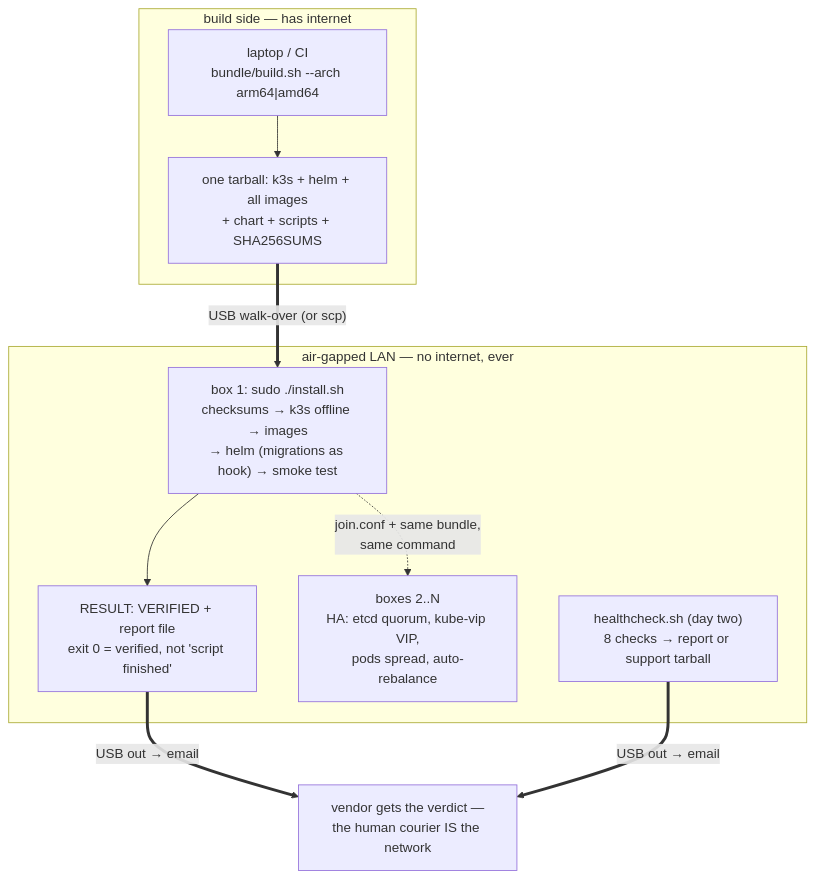
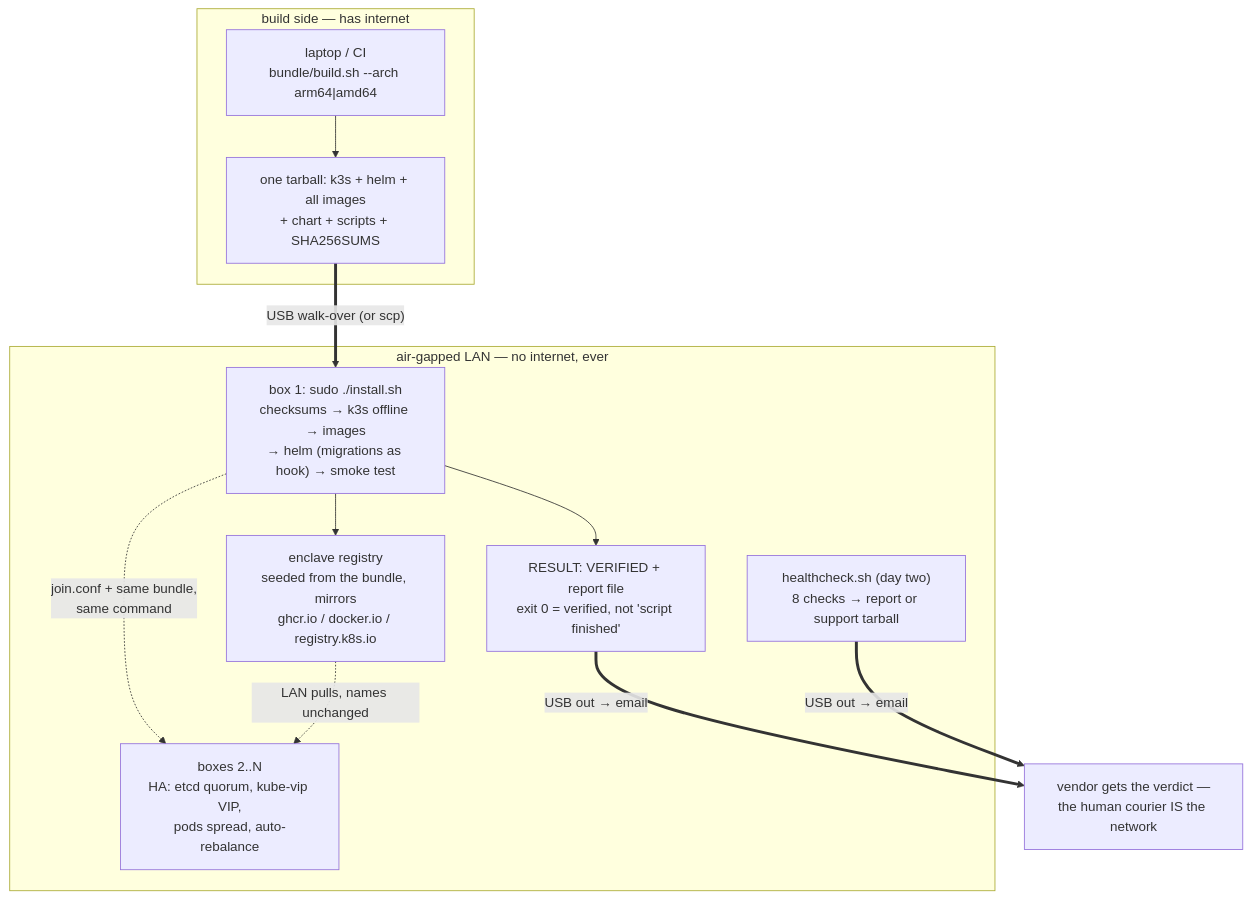
One commit to p0x6/onprem-airgap-deploy changed the diagram in README.md. Above: the diagram before and after it, drawn with Mermaid. The commit also changed other lines of this file, not shown here.

Commit message:
chore: add registry feature

````diff
--- a/README.md
+++ b/README.md
@@ -36,20 +37,22 @@
 ```mermaid
 flowchart TD
     subgraph BUILD["build side — has internet"]
         CI["laptop / CI<br/>bundle/build.sh --arch arm64|amd64"]
         BUNDLE["one tarball: k3s + helm + all images<br/>+ chart + scripts + SHA256SUMS"]
         CI --> BUNDLE
     end
 
     BUNDLE ==>|"USB walk-over (or scp)"| N1
 
     subgraph GAP["air-gapped LAN — no internet, ever"]
         N1["box 1: sudo ./install.sh<br/>checksums → k3s offline → images<br/>→ helm (migrations as hook) → smoke test"]
         N1 --> REPORT["RESULT: VERIFIED + report file<br/>exit 0 = verified, not 'script finished'"]
         N1 -.->|"join.conf + same bundle,<br/>same command"| N2["boxes 2..N<br/>HA: etcd quorum, kube-vip VIP,<br/>pods spread, auto-rebalance"]
+        N1 --> REG["enclave registry<br/>seeded from the bundle, mirrors<br/>ghcr.io / docker.io / registry.k8s.io"]
+        REG -.->|"LAN pulls, names unchanged"| N2
         HC["healthcheck.sh (day two)<br/>8 checks → report or support tarball"]
     end
 
     REPORT ==>|"USB out → email"| VENDOR["vendor gets the verdict —<br/>the human courier IS the network"]
     HC ==>|"USB out → email"| VENDOR
 ```
````
